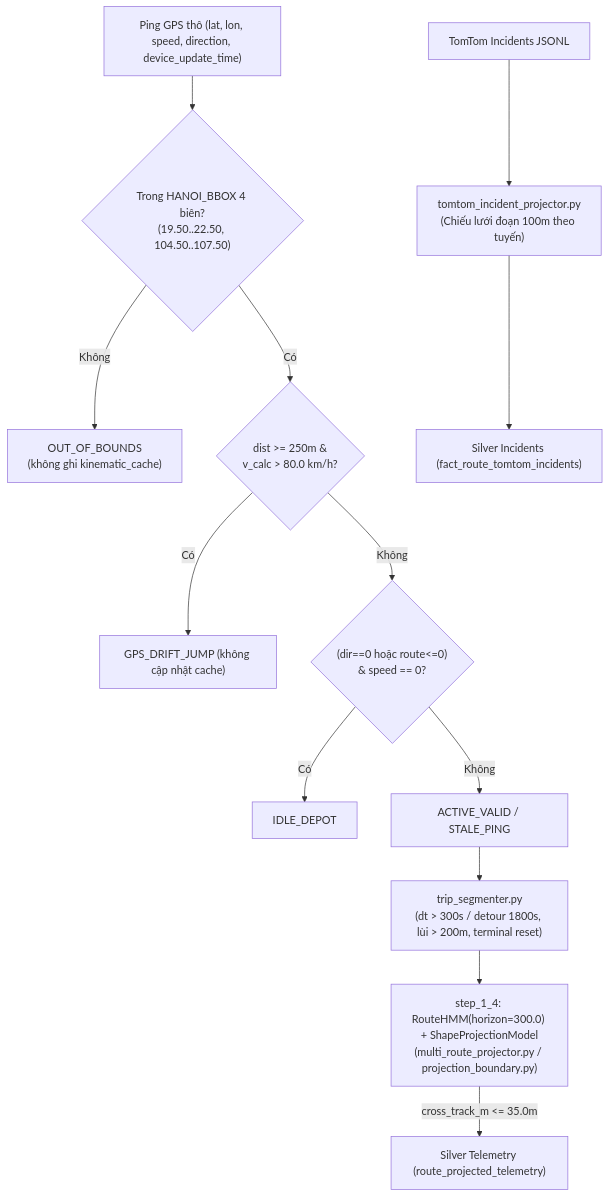
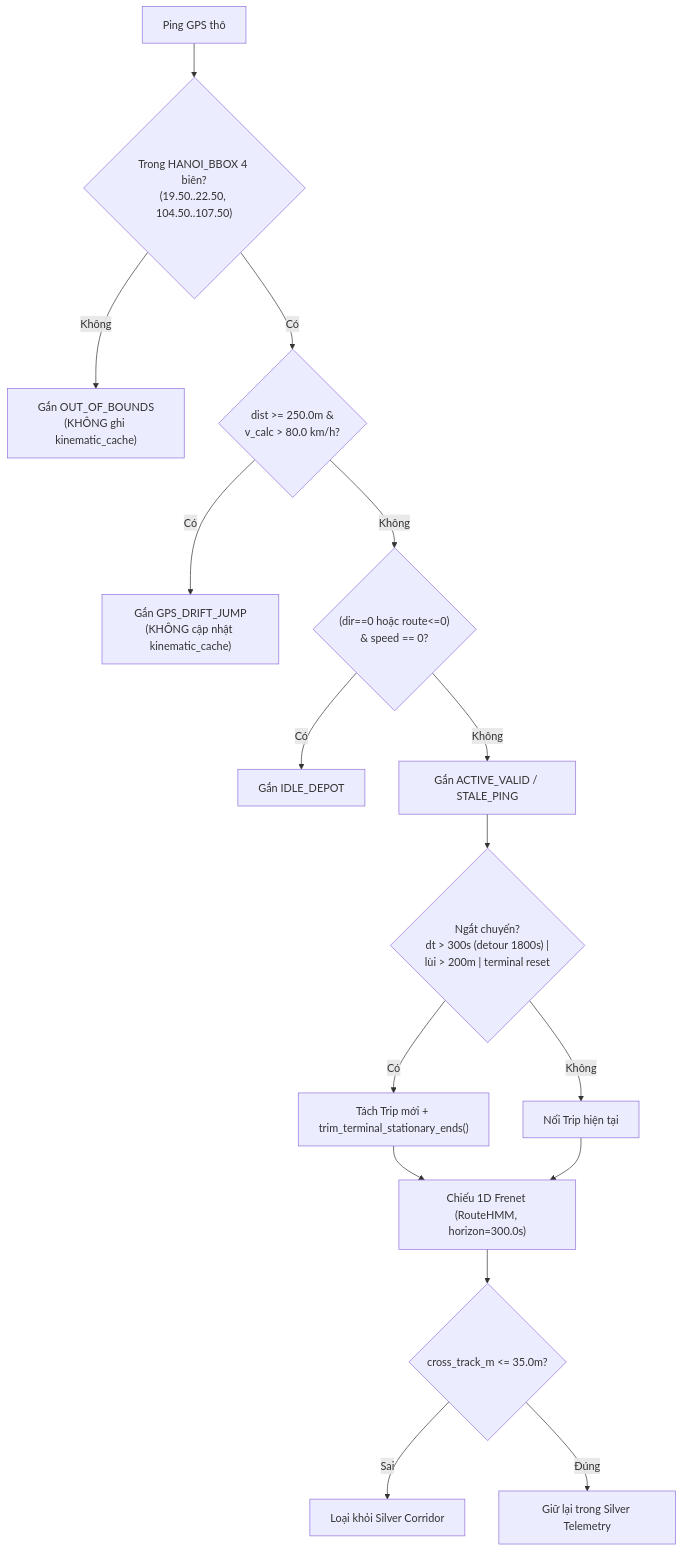
Before and after one commit to toibinguz/Bus_tracking: the second of 2 diagrams in docs/PREPROCESSING.md, drawn with Mermaid. The commit also changed other lines of this file and 16 other files, not shown here.

Commit message:
docs: standardize Batch/Speed/Serving layer pipelines with separated data and logic flows

````diff
--- a/docs/PREPROCESSING.md
+++ b/docs/PREPROCESSING.md
@@ -9,15 +22,18 @@
 ```mermaid
 flowchart TD
-    PING["Ping GPS thô (lat, lon, speed, direction, device_update_time)"] --> BBOX{"Trong HANOI_BBOX 4 biên?\n(19.50..22.50, 104.50..107.50)"}
-    BBOX -->|"Không"| OOB["OUT_OF_BOUNDS\n(không ghi kinematic_cache)"]
-    BBOX -->|"Có"| KIN{"dist >= 250m &\nv_calc > 80.0 km/h?"}
-    KIN -->|"Có"| DRIFT["GPS_DRIFT_JUMP (không cập nhật cache)"]
+    PING["Ping GPS thô"] --> BBOX{"Trong HANOI_BBOX 4 biên?\n(19.50..22.50, 104.50..107.50)"}
+    BBOX -->|"Không"| OOB["Gắn OUT_OF_BOUNDS\n(KHÔNG ghi kinematic_cache)"]
+    BBOX -->|"Có"| KIN{"dist >= 250.0m &\nv_calc > 80.0 km/h?"}
+    KIN -->|"Có"| DRIFT["Gắn GPS_DRIFT_JUMP\n(KHÔNG cập nhật kinematic_cache)"]
     KIN -->|"Không"| DEPOT{"(dir==0 hoặc route<=0)\n& speed == 0?"}
-    DEPOT -->|"Có"| IDLE["IDLE_DEPOT"]
-    DEPOT -->|"Không"| VALID["ACTIVE_VALID / STALE_PING"]
-    VALID --> SEG["trip_segmenter.py\n(dt > 300s / detour 1800s, lùi > 200m, terminal reset)"]
-    SEG --> PROJ["step_1_4: RouteHMM(horizon=300.0) + ShapeProjectionModel\n(multi_route_projector.py / projection_boundary.py)"]
-    INC["TomTom Incidents JSONL"] --> INCPROJ["tomtom_incident_projector.py\n(Chiếu lưới đoạn 100m theo tuyến)"]
-    PROJ -->|"cross_track_m <= 35.0m"| SIL["Silver Telemetry (route_projected_telemetry)"]
-    INCPROJ --> SILINC["Silver Incidents (fact_route_tomtom_incidents)"]
+    DEPOT -->|"Có"| IDLE["Gắn IDLE_DEPOT"]
+    DEPOT -->|"Không"| VALID["Gắn ACTIVE_VALID / STALE_PING"]
+
+    VALID --> SEG{"Ngắt chuyến?\ndt > 300s (detour 1800s) |\nlùi > 200m | terminal reset"}
+    SEG -->|"Có"| NEW["Tách Trip mới + trim_terminal_stationary_ends()"]
+    SEG -->|"Không"| SAME["Nối Trip hiện tại"]
+    NEW & SAME --> HMM["Chiếu 1D Frenet (RouteHMM, horizon=300.0s)"]
+    HMM --> CORR{"cross_track_m <= 35.0m?"}
+    CORR -->|"Sai"| DROP["Loại khỏi Silver Corridor"]
+    CORR -->|"Đúng"| KEEP["Giữ lại trong Silver Telemetry"]
 ```
````
